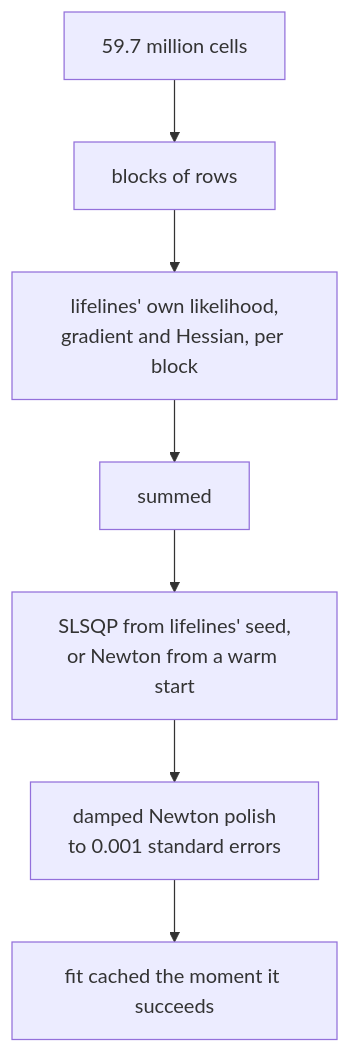
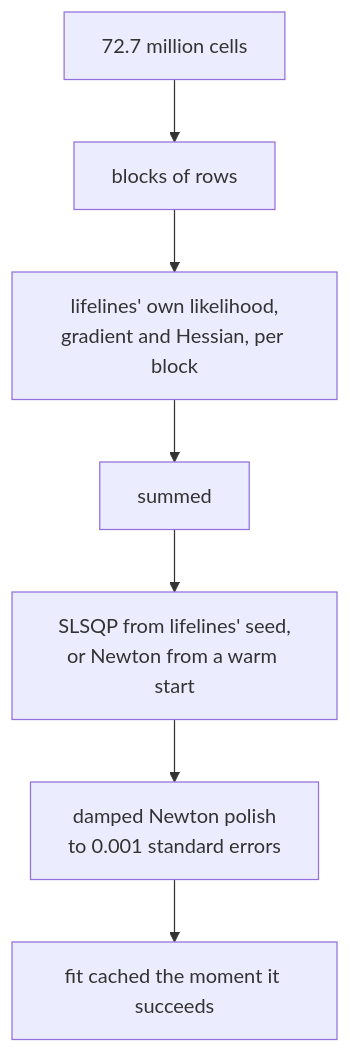
One commit to LorenzoPerrella/credit-game changed the third of 3 diagrams in docs/methodology.md. Above: the diagram before and after it, drawn with Mermaid. The commit also changed other lines of this file and 17 other files, not shown here.

````diff
--- a/docs/methodology.md
+++ b/docs/methodology.md
@@ -167,9 +167,9 @@
 ```mermaid
 flowchart TD
-    A["59.7 million cells"] --> B["blocks of rows"]
+    A["72.7 million cells"] --> B["blocks of rows"]
     B --> C["lifelines' own likelihood,<br/>gradient and Hessian, per block"]
     C --> D["summed"]
     D --> E["SLSQP from lifelines' seed,<br/>or Newton from a warm start"]
     E --> F["damped Newton polish<br/>to 0.001 standard errors"]
     F --> G["fit cached the moment it succeeds"]
 ```
````
